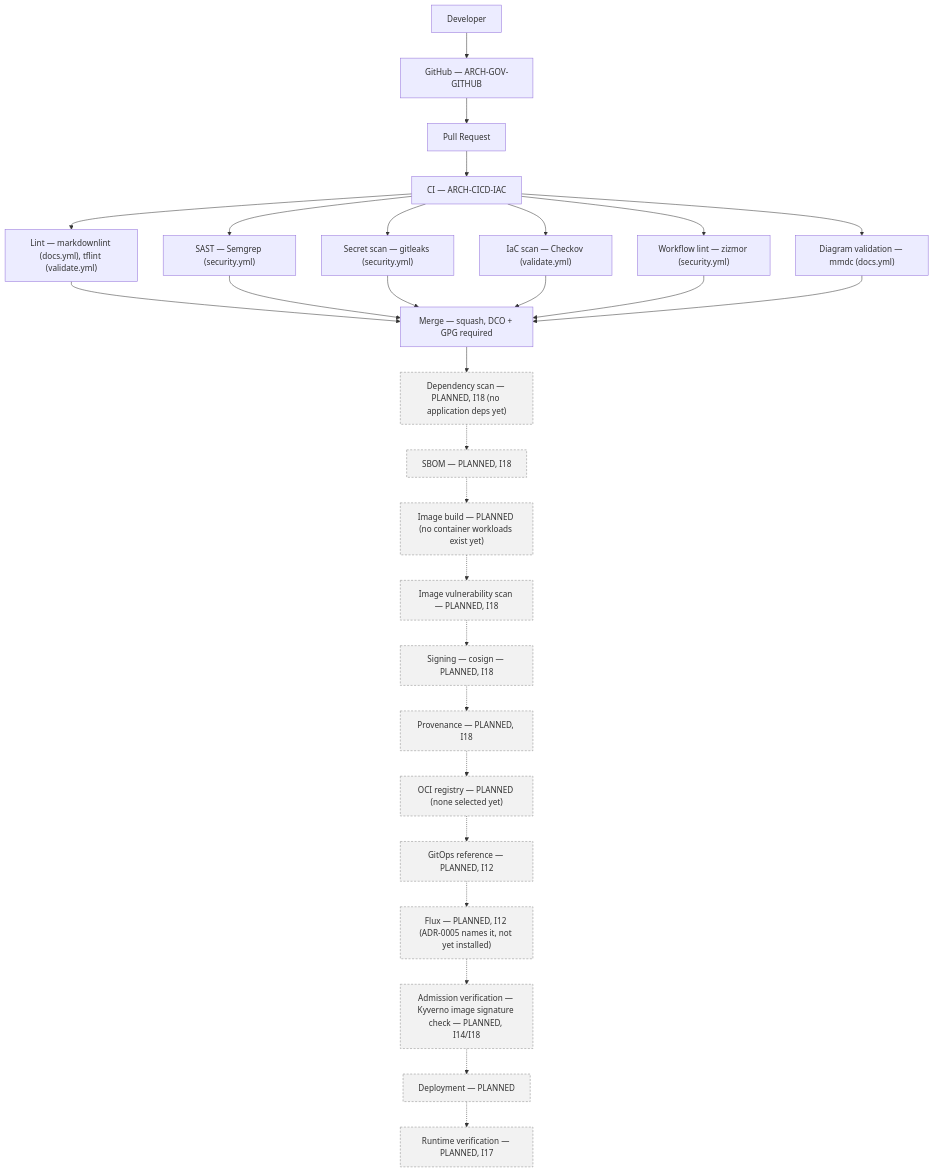
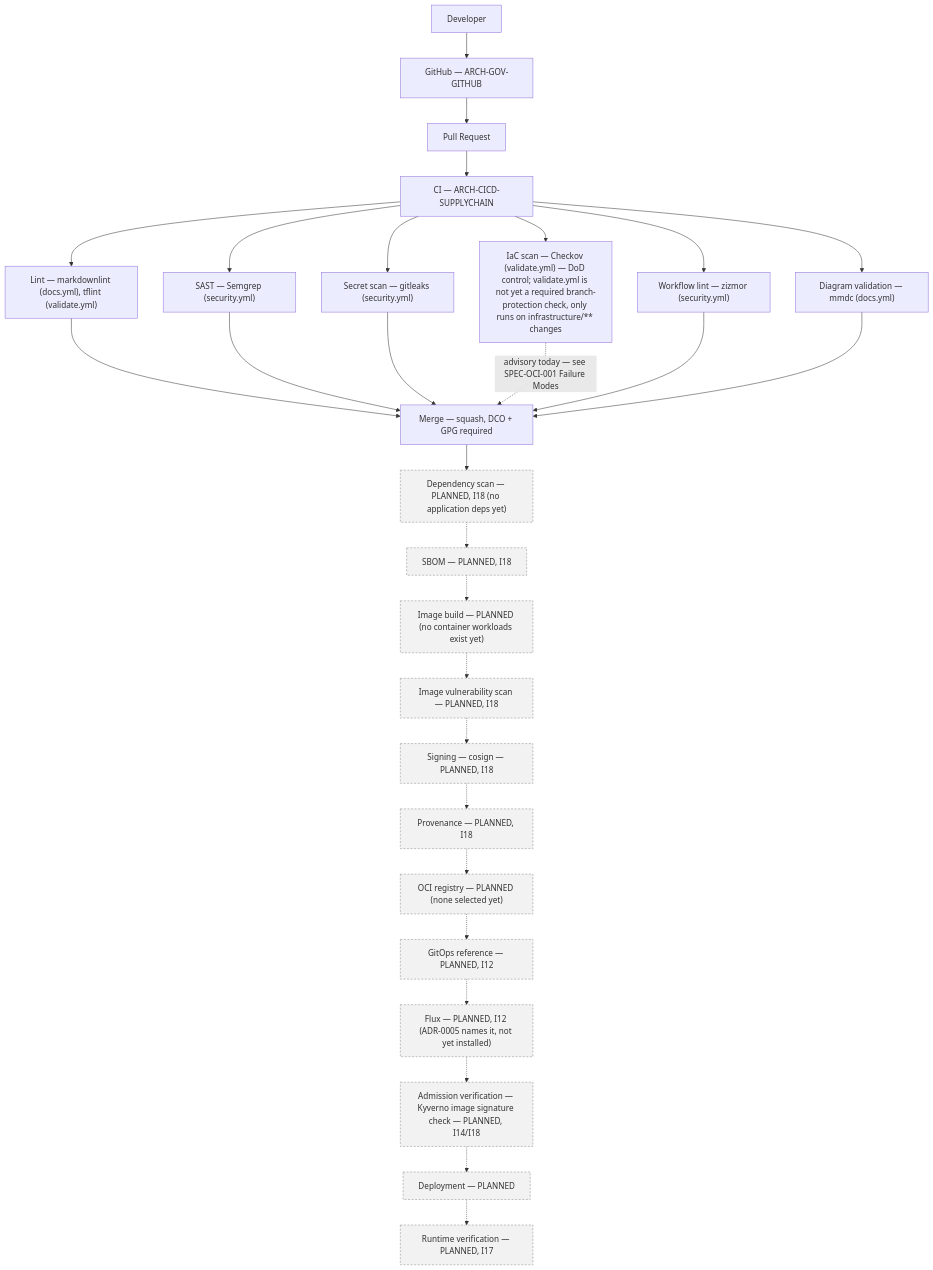
Before and after one commit to guillermolam/oracle-free-tier-platform: the diagram in docs/01-architecture/cicd/software-supply-chain.mmd, drawn with Mermaid. The commit also changed 5 other files, not shown here.

```diff
--- a/docs/01-architecture/cicd/software-supply-chain.mmd
+++ b/docs/01-architecture/cicd/software-supply-chain.mmd
@@ -1,38 +1,38 @@
 %% VIEW-CICD-SUPPLYCHAIN — L2 Common Software Supply Chain
 %% Question: what happens to every change between a developer's commit and
 %% running behavior, common across all workload classes?
 %% Governing: .github/workflows/{validate,security,docs,dco}.yml (live),
 %% CONTRIBUTING.md (signed+DCO), ADR-0005 (Flux/GitOps), ADR-0004 (Kyverno)
 %% This repo has zero container workloads today — everything past "merge"
 %% is PLANNED, not invented. ARCH-CICD-SUPPLYCHAIN covers the whole chain.
 flowchart TB
-  DEV["Developer"] --> GH["GitHub — ARCH-GOV-GITHUB"] --> PR["Pull Request"] --> CI["CI — ARCH-CICD-IAC"]
+  DEV["Developer"] --> GH["GitHub — ARCH-GOV-GITHUB"] --> PR["Pull Request"] --> CI["CI — ARCH-CICD-SUPPLYCHAIN"]
   CI --> LINT["Lint — markdownlint (docs.yml), tflint (validate.yml)"]
   CI --> SAST["SAST — Semgrep (security.yml)"]
   CI --> SECRETS["Secret scan — gitleaks (security.yml)"]
-  CI --> IACSCAN["IaC scan — Checkov (validate.yml)"]
+  CI --> IACSCAN["IaC scan — Checkov (validate.yml) — DoD control; validate.yml is not yet a required branch-protection check, only runs on infrastructure/** changes"]
   CI --> WFLINT["Workflow lint — zizmor (security.yml)"]
   CI --> DIAGRAM["Diagram validation — mmdc (docs.yml)"]
 
   LINT --> MERGE["Merge — squash, DCO + GPG required"]
   SAST --> MERGE
   SECRETS --> MERGE
-  IACSCAN --> MERGE
+  IACSCAN -.->|"advisory today — see SPEC-OCI-001 Failure Modes"| MERGE
   WFLINT --> MERGE
   DIAGRAM --> MERGE
 
   MERGE --> DEPSCAN["Dependency scan — PLANNED, I18 (no application deps yet)"]
   DEPSCAN -.-> SBOM["SBOM — PLANNED, I18"]
   SBOM -.-> IMGBUILD["Image build — PLANNED (no container workloads exist yet)"]
   IMGBUILD -.-> IMGSCAN["Image vulnerability scan — PLANNED, I18"]
   IMGSCAN -.-> SIGN["Signing — cosign — PLANNED, I18"]
   SIGN -.-> PROVENANCE["Provenance — PLANNED, I18"]
   PROVENANCE -.-> REGISTRY["OCI registry — PLANNED (none selected yet)"]
   REGISTRY -.-> GITOPSREF["GitOps reference — PLANNED, I12"]
   GITOPSREF -.-> FLUX["Flux — PLANNED, I12 (ADR-0005 names it, not yet installed)"]
   FLUX -.-> ADMISSIONV["Admission verification — Kyverno image signature check — PLANNED, I14/I18"]
   ADMISSIONV -.-> DEPLOY["Deployment — PLANNED"]
   DEPLOY -.-> RUNTIMEV["Runtime verification — PLANNED, I17"]
 
   classDef planned fill:#f2f2f2,stroke:#888,stroke-dasharray: 4 3;
   class DEPSCAN,SBOM,IMGBUILD,IMGSCAN,SIGN,PROVENANCE,REGISTRY,GITOPSREF,FLUX,ADMISSIONV,DEPLOY,RUNTIMEV planned;
```
